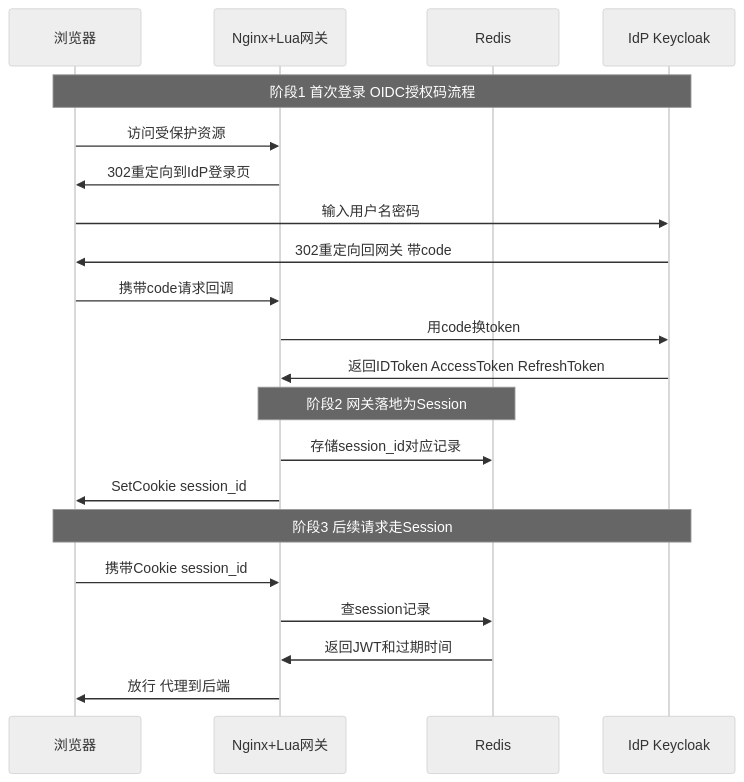
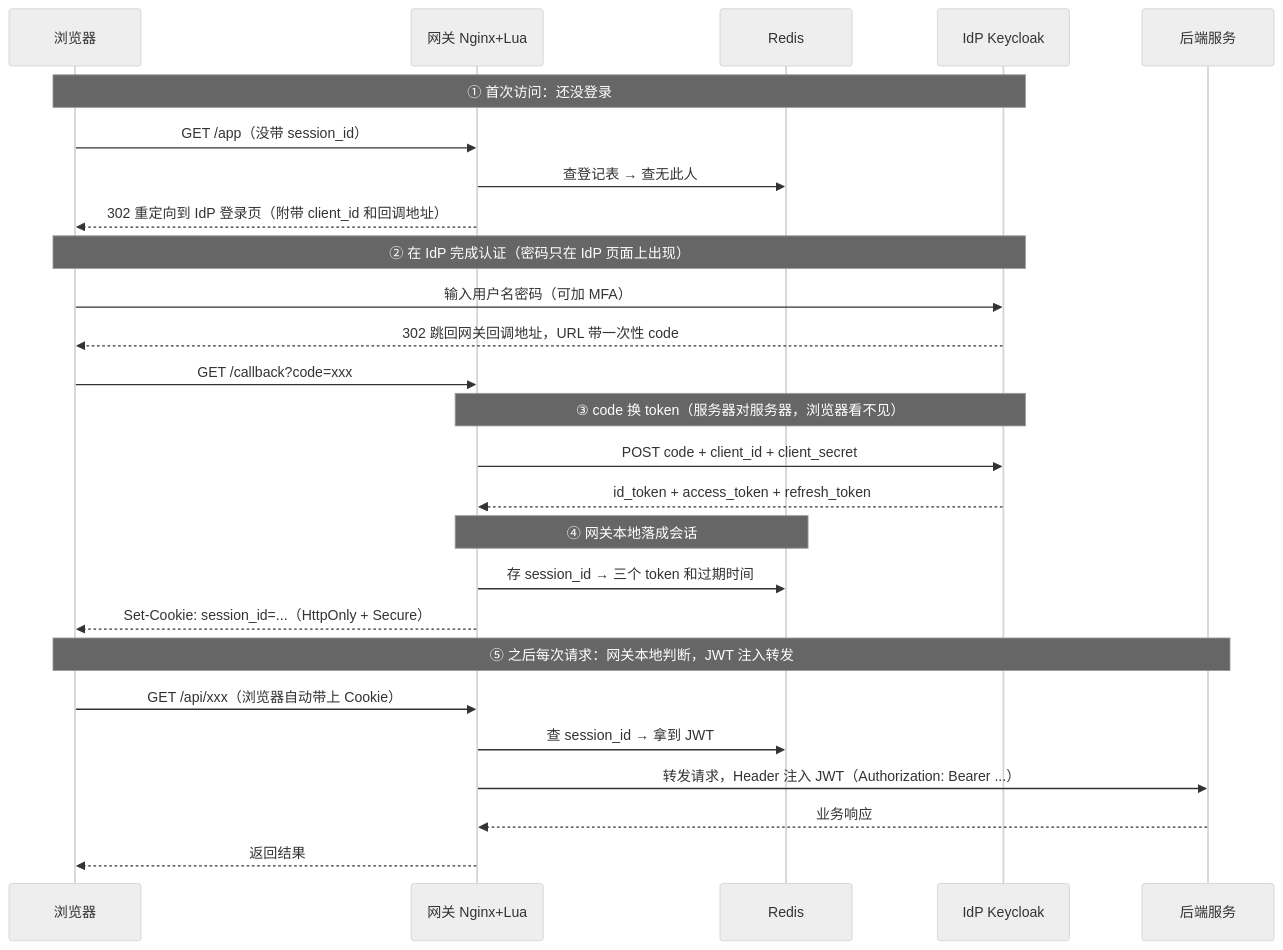
The diagram in src/content/posts/how-to-add-screenshots.md (YoRsk/YoRsk.github.io), drawn with Mermaid (neutral theme) before and after one commit. The commit also changed other lines of this file, not shown here.

Commit message:
content: 重写 SSO 笔记——先动机后流程，时序图补全 JWT 注入后端一步，每步附设计动机

````diff
--- a/src/content/posts/how-to-add-screenshots.md
+++ b/src/content/posts/how-to-add-screenshots.md
@@ -90,26 +51,33 @@
 ```mermaid
 sequenceDiagram
     participant B as 浏览器
-    participant G as Nginx+Lua网关
+    participant G as 网关 Nginx+Lua
     participant R as Redis
     participant I as IdP Keycloak
+    participant S as 后端服务
 
-    Note over B,I: 阶段1 首次登录 OIDC授权码流程
-    B->>G: 访问受保护资源
-    G->>B: 302重定向到IdP登录页
-    B->>I: 输入用户名密码
-    I->>B: 302重定向回网关 带code
-    B->>G: 携带code请求回调
-    G->>I: 用code换token
-    I->>G: 返回IDToken AccessToken RefreshToken
+    Note over B,I: ① 首次访问：还没登录
+    B->>G: GET /app（没带 session_id）
+    G->>R: 查登记表 → 查无此人
+    G-->>B: 302 重定向到 IdP 登录页（附带 client_id 和回调地址）
 
-    Note over G,R: 阶段2 网关落地为Session
-    G->>R: 存储session_id对应记录
-    G->>B: SetCookie session_id
+    Note over B,I: ② 在 IdP 完成认证（密码只在 IdP 页面上出现）
+    B->>I: 输入用户名密码（可加 MFA）
+    I-->>B: 302 跳回网关回调地址，URL 带一次性 code
+    B->>G: GET /callback?code=xxx
 
-    Note over B,I: 阶段3 后续请求走Session
-    B->>G: 携带Cookie session_id
-    G->>R: 查session记录
-    R->>G: 返回JWT和过期时间
-    G->>B: 放行 代理到后端
+    Note over G,I: ③ code 换 token（服务器对服务器，浏览器看不见）
+    G->>I: POST code + client_id + client_secret
+    I-->>G: id_token + access_token + refresh_token
+
+    Note over G,R: ④ 网关本地落成会话
+    G->>R: 存 session_id → 三个 token 和过期时间
+    G-->>B: Set-Cookie: session_id=...（HttpOnly + Secure）
+
+    Note over B,S: ⑤ 之后每次请求：网关本地判断，JWT 注入转发
+    B->>G: GET /api/xxx（浏览器自动带上 Cookie）
+    G->>R: 查 session_id → 拿到 JWT
+    G->>S: 转发请求，Header 注入 JWT（Authorization: Bearer ...）
+    S-->>G: 业务响应
+    G-->>B: 返回结果
 ```
````
